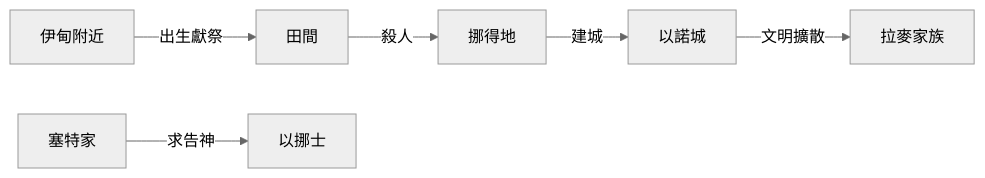
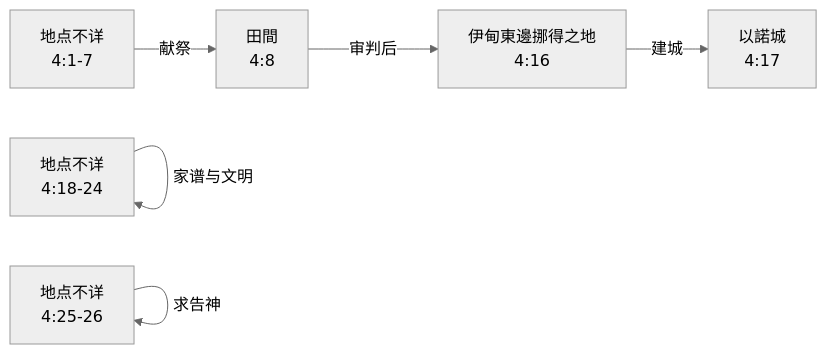
The fourth of 4 diagrams in 創世紀/第 04 章.md (mccappsheet5804-sketch/bible-study-old-testament), drawn with Mermaid (neutral theme) before and after one commit. The commit also changed other lines of this file, not shown here.

````diff
--- a/創世紀/第 04 章.md
+++ b/創世紀/第 04 章.md
@@ -104,8 +167,8 @@
 ```mermaid
 flowchart LR
-    伊甸附近 -->|出生獻祭| 田間
-    田間 -->|殺人| 挪得地
-    挪得地 -->|建城| 以諾城
-    以諾城 -->|文明擴散| 拉麥家族
-    塞特家 -->|求告神| 以挪士
+    不詳地點1[地点不详<br>4:1-7] -->|献祭| 田間[田間<br>4:8]
+    田間 -->|审判后| 挪得地[伊甸東邊挪得之地<br>4:16]
+    挪得地 -->|建城| 以諾城[以諾城<br>4:17]
+    不詳地點2[地点不详<br>4:18-24] -->|家谱与文明| 不詳地點2
+    不詳地點3[地点不详<br>4:25-26] -->|求告神| 不詳地點3
 ```
````
